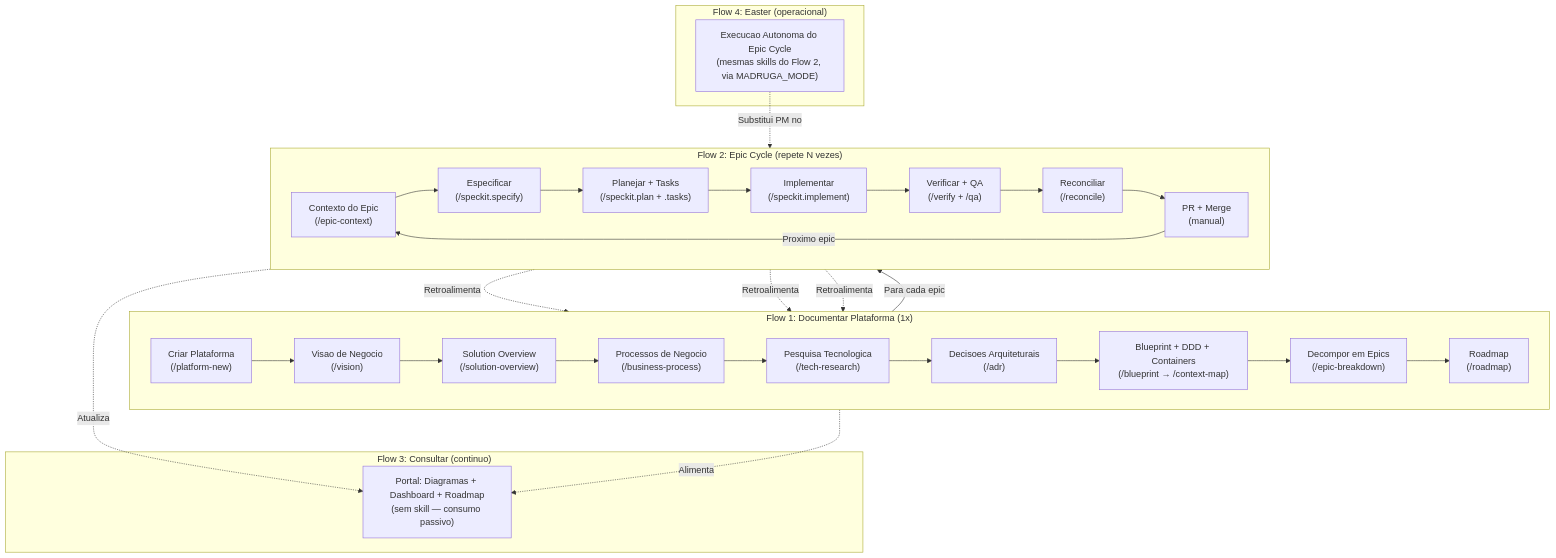
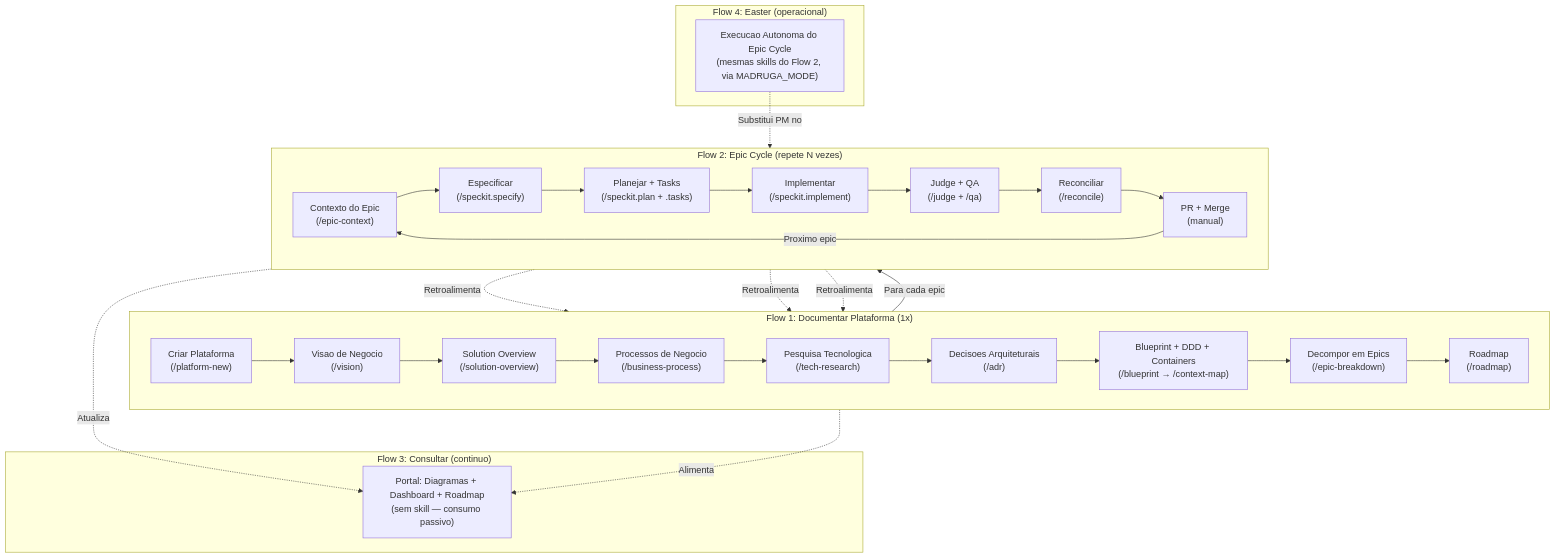
Before and after one commit to paceautomations/madruga.ai: the first of 9 diagrams in platforms/madruga-ai/business/process.md, drawn with Mermaid. The commit also changed other lines of this file and 145 other files, not shown here.

First line of the commit message:
feat: epic 022 — LikeC4 → Mermaid migration

````diff
--- a/platforms/madruga-ai/business/process.md
+++ b/platforms/madruga-ai/business/process.md
@@ -11,43 +13,43 @@
 ```mermaid
 flowchart TB
     subgraph F1["Flow 1: Documentar Plataforma (1x)"]
         direction LR
         F1A["Criar Plataforma\n(/platform-new)"] --> F1B["Visao de Negocio\n(/vision)"]
         F1B --> F1C["Solution Overview\n(/solution-overview)"]
         F1C --> F1D["Processos de Negocio\n(/business-process)"]
         F1D --> F1E["Pesquisa Tecnologica\n(/tech-research)"]
         F1E --> F1F["Decisoes Arquiteturais\n(/adr)"]
         F1F --> F1G["Blueprint + DDD + Containers\n(/blueprint → /context-map)"]
         F1G --> F1H["Decompor em Epics\n(/epic-breakdown)"]
         F1H --> F1I["Roadmap\n(/roadmap)"]
     end
 
     subgraph F2["Flow 2: Epic Cycle (repete N vezes)"]
         direction LR
         F2A["Contexto do Epic\n(/epic-context)"] --> F2B["Especificar\n(/speckit.specify)"]
         F2B --> F2C["Planejar + Tasks\n(/speckit.plan + .tasks)"]
         F2C --> F2D["Implementar\n(/speckit.implement)"]
-        F2D --> F2E["Verificar + QA\n(/verify + /qa)"]
+        F2D --> F2E["Judge + QA\n(/judge + /qa)"]
         F2E --> F2F["Reconciliar\n(/reconcile)"]
         F2F --> F2G["PR + Merge\n(manual)"]
     end
 
     subgraph F3["Flow 3: Consultar (continuo)"]
         F3A["Portal: Diagramas + Dashboard + Roadmap\n(sem skill — consumo passivo)"]
     end
 
     subgraph F4["Flow 4: Easter (operacional)"]
         F4A["Execucao Autonoma do Epic Cycle\n(mesmas skills do Flow 2, via MADRUGA_MODE)"]
     end
 
     F1I -->|"Para cada epic"| F2A
     F2G -->|"Proximo epic"| F2A
     F2F -.->|"Retroalimenta"| F1B
     F2F -.->|"Retroalimenta"| F1F
     F2F -.->|"Retroalimenta"| F1G
 
     F1 -.->|"Alimenta"| F3A
     F2 -.->|"Atualiza"| F3A
 
     F4A -.->|"Substitui PM no"| F2
 ```
````
